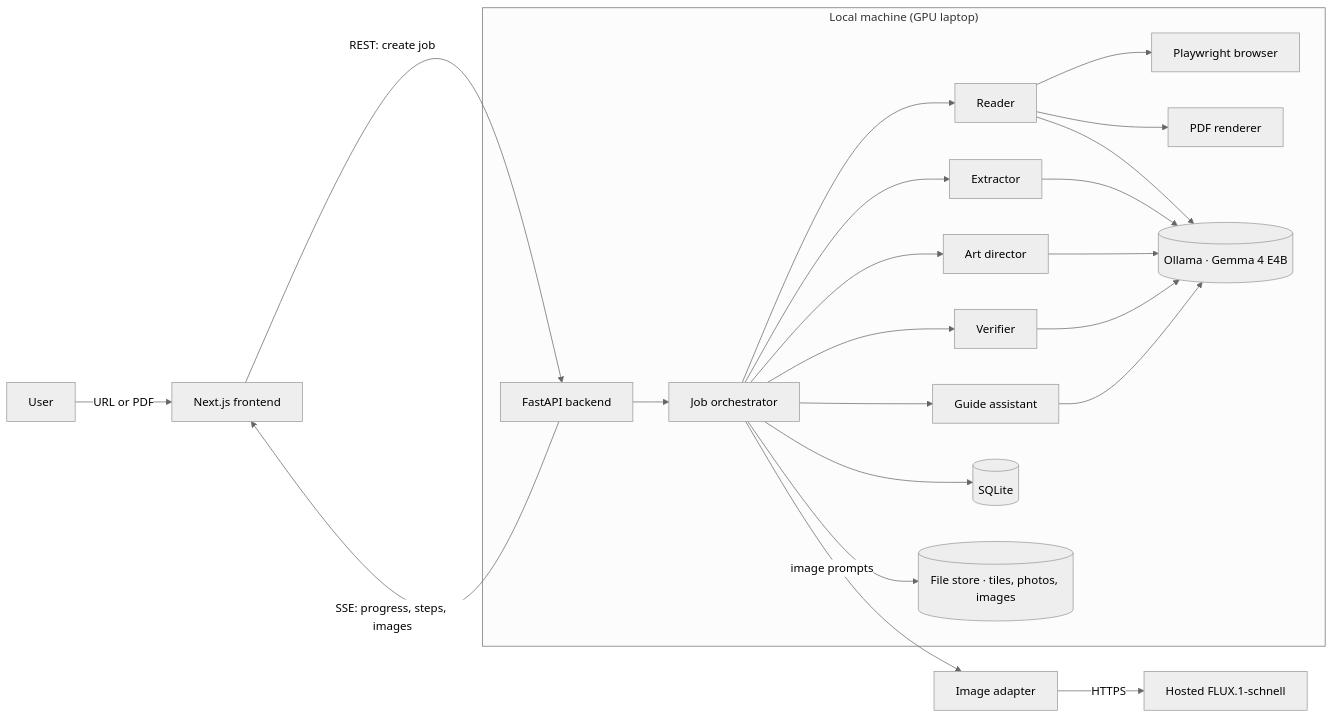
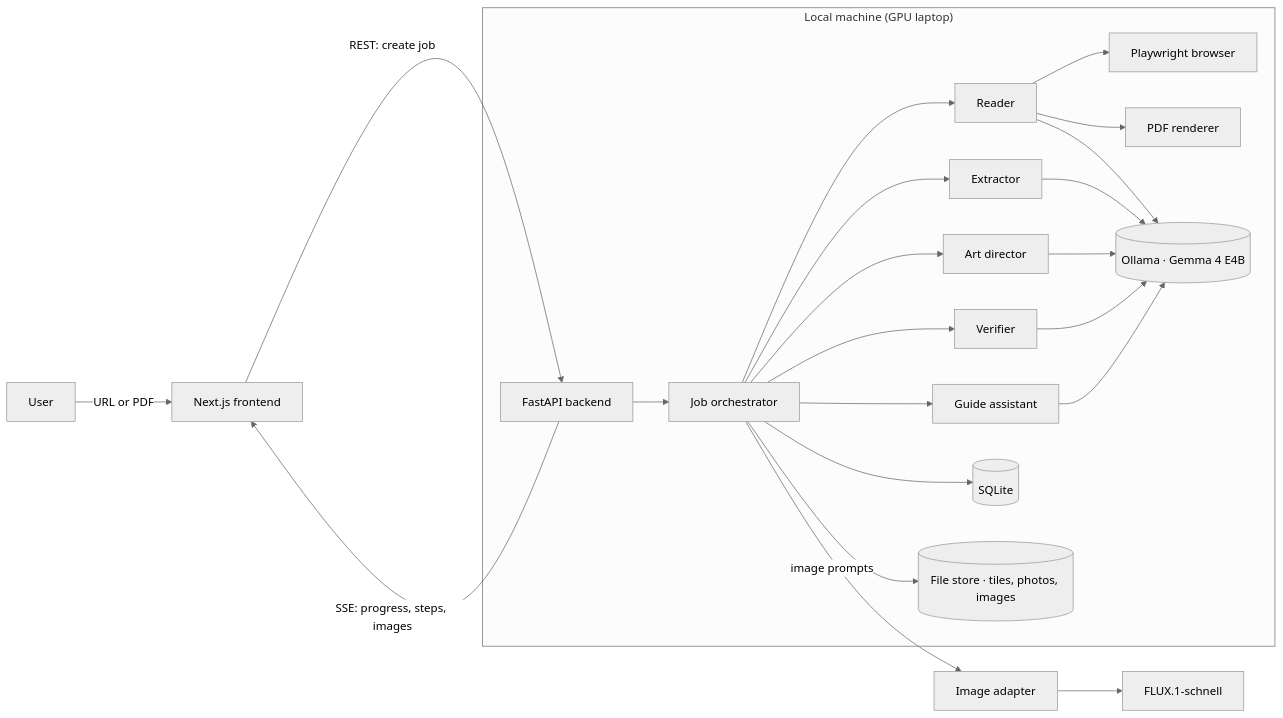
The first of 4 diagrams in README.md (vynride/hacktoberfest-hack-day), drawn with Mermaid (neutral theme) before and after one commit. The commit also changed other lines of this file, not shown here.

Commit message:
Leave FLUX deployment open; drop hosted-provider assumption

````diff
--- a/README.md
+++ b/README.md
@@ -190,23 +190,23 @@
 ```mermaid
 flowchart LR
     U[User] -->|URL or PDF| FE[Next.js frontend]
     FE -->|REST: create job| API[FastAPI backend]
     API -->|SSE: progress, steps, images| FE
 
     subgraph Local["Local machine (GPU laptop)"]
         API --> ORCH[Job orchestrator]
         ORCH --> READ[Reader]
         READ --> PW[Playwright browser]
         READ --> PDF[PDF renderer]
         ORCH --> EXT[Extractor]
         ORCH --> ART[Art director]
         ORCH --> VER[Verifier]
         ORCH --> QA[Guide assistant]
         READ & EXT & ART & VER & QA --> OLL[("Ollama · Gemma 4 E4B")]
         ORCH --> DB[(SQLite)]
         ORCH --> FS[("File store · tiles, photos, images")]
     end
 
     ORCH -->|image prompts| IMG[Image adapter]
-    IMG -->|HTTPS| FLUX[Hosted FLUX.1-schnell]
+    IMG --> FLUX[FLUX.1-schnell]
 ```
````
